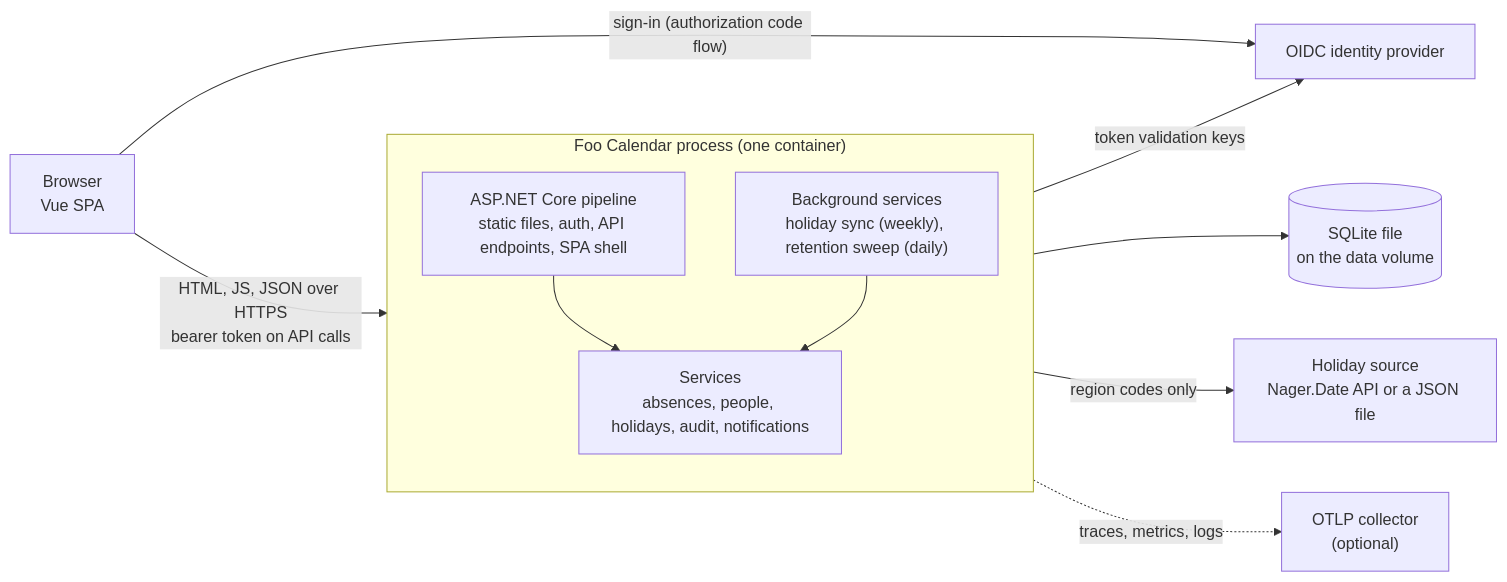
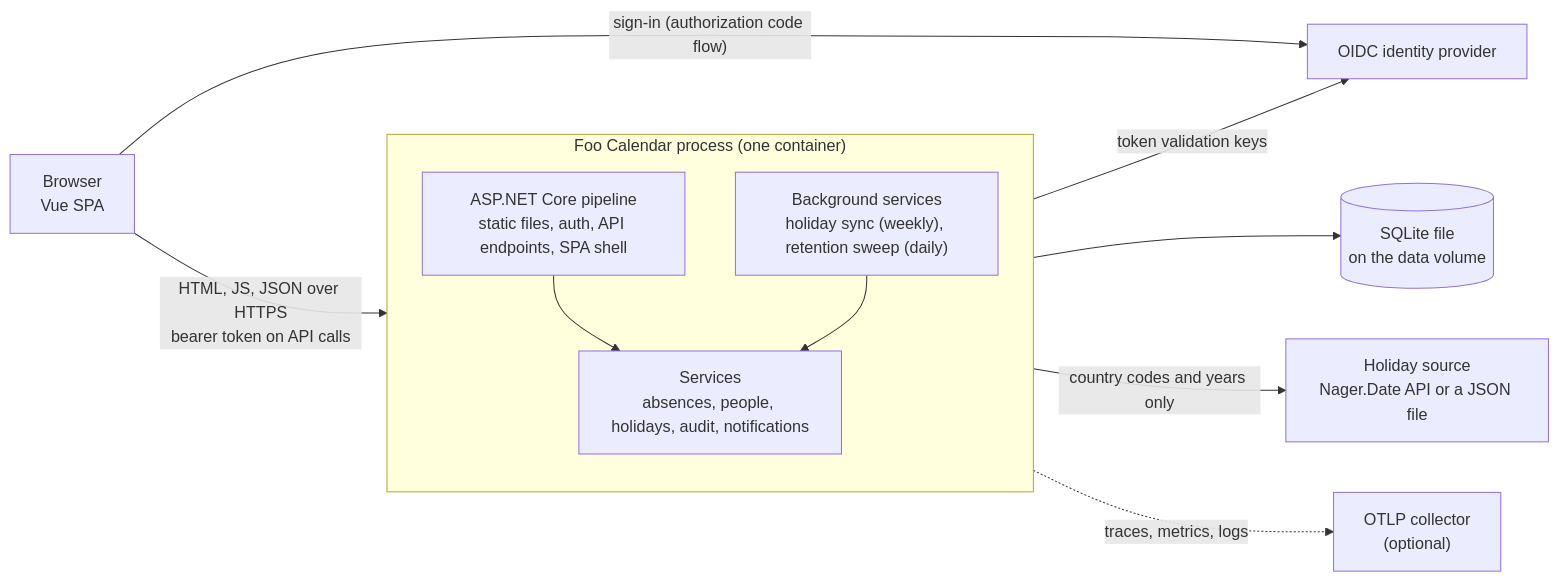
The first of 3 diagrams in docs/architecture.md (yergios/foo-calendar), drawn with Mermaid before and after one commit. The commit also changed other lines of this file, not shown here.

First line of the commit message:
docs(architecture): match startup order, layouts and lifecycle to code

````diff
--- a/docs/architecture.md
+++ b/docs/architecture.md
@@ -13,25 +13,25 @@
 ```mermaid
 flowchart LR
     browser["Browser<br/>Vue SPA"]
 
     subgraph app["Foo Calendar process (one container)"]
         direction TB
         pipeline["ASP.NET Core pipeline<br/>static files, auth, API endpoints, SPA shell"]
         services["Services<br/>absences, people, holidays, audit, notifications"]
         jobs["Background services<br/>holiday sync (weekly), retention sweep (daily)"]
         pipeline --> services
         jobs --> services
     end
 
     db[("SQLite file<br/>on the data volume")]
     idp["OIDC identity provider"]
     holidays["Holiday source<br/>Nager.Date API or a JSON file"]
     otel["OTLP collector<br/>(optional)"]
 
     browser -- "HTML, JS, JSON over HTTPS<br/>bearer token on API calls" --> pipeline
     browser -- "sign-in (authorization code flow)" --> idp
     pipeline -- "token validation keys" --> idp
     services --> db
-    services -- "region codes only" --> holidays
+    services -- "country codes and years only" --> holidays
     app -. "traces, metrics, logs" .-> otel
 ```
````
